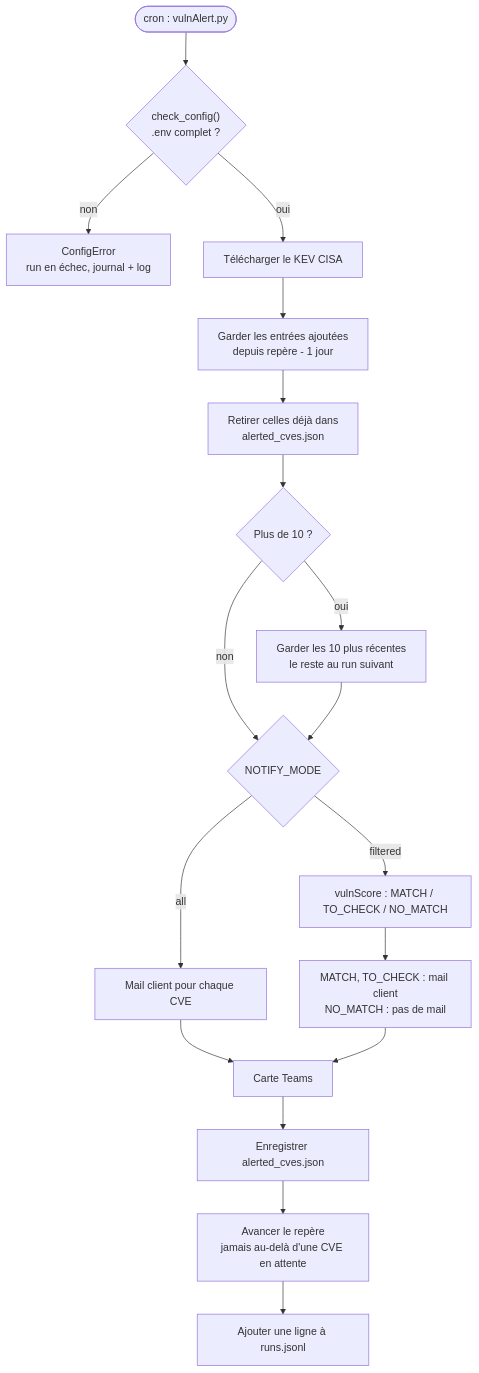
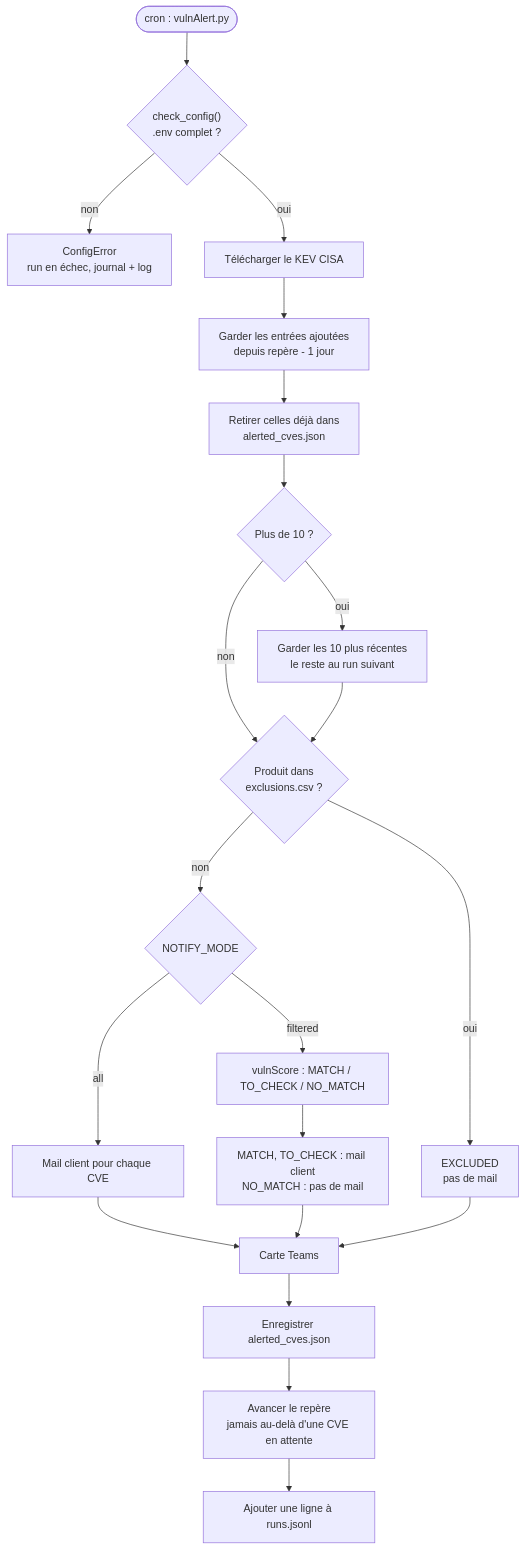
Before and after one commit to Ahmed94120/VulnSearch: the third of 9 diagrams in README.md, drawn with Mermaid. The commit also changed other lines of this file and 5 other files, not shown here.

````diff
--- a/README.md
+++ b/README.md
@@ -116,20 +121,23 @@
 ```mermaid
 flowchart TD
     A(["cron : vulnAlert.py"]) --> B{"check_config()<br/>.env complet ?"}
     B -- non --> B1["ConfigError<br/>run en échec, journal + log"]
     B -- oui --> C["Télécharger le KEV CISA"]
     C --> D["Garder les entrées ajoutées<br/>depuis repère - 1 jour"]
     D --> E["Retirer celles déjà dans<br/>alerted_cves.json"]
     E --> F{"Plus de 10 ?"}
     F -- oui --> F1["Garder les 10 plus récentes<br/>le reste au run suivant"]
-    F -- non --> G
-    F1 --> G{"NOTIFY_MODE"}
+    F -- non --> X
+    F1 --> X{"Produit dans<br/>exclusions.csv ?"}
+    X -- oui --> XE["EXCLUDED<br/>pas de mail"]
+    X -- non --> G{"NOTIFY_MODE"}
     G -- all --> H["Mail client pour chaque CVE"]
     G -- filtered --> I["vulnScore : MATCH / TO_CHECK / NO_MATCH"]
     I --> J["MATCH, TO_CHECK : mail client<br/>NO_MATCH : pas de mail"]
     H --> K["Carte Teams"]
     J --> K
+    XE --> K
     K --> L["Enregistrer alerted_cves.json"]
     L --> M["Avancer le repère<br/>jamais au-delà d'une CVE en attente"]
     M --> N["Ajouter une ligne à runs.jsonl"]
 ```
````
